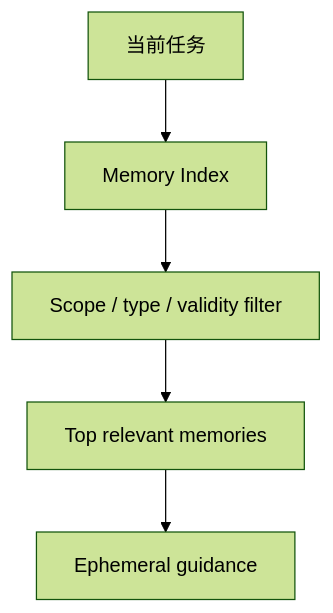
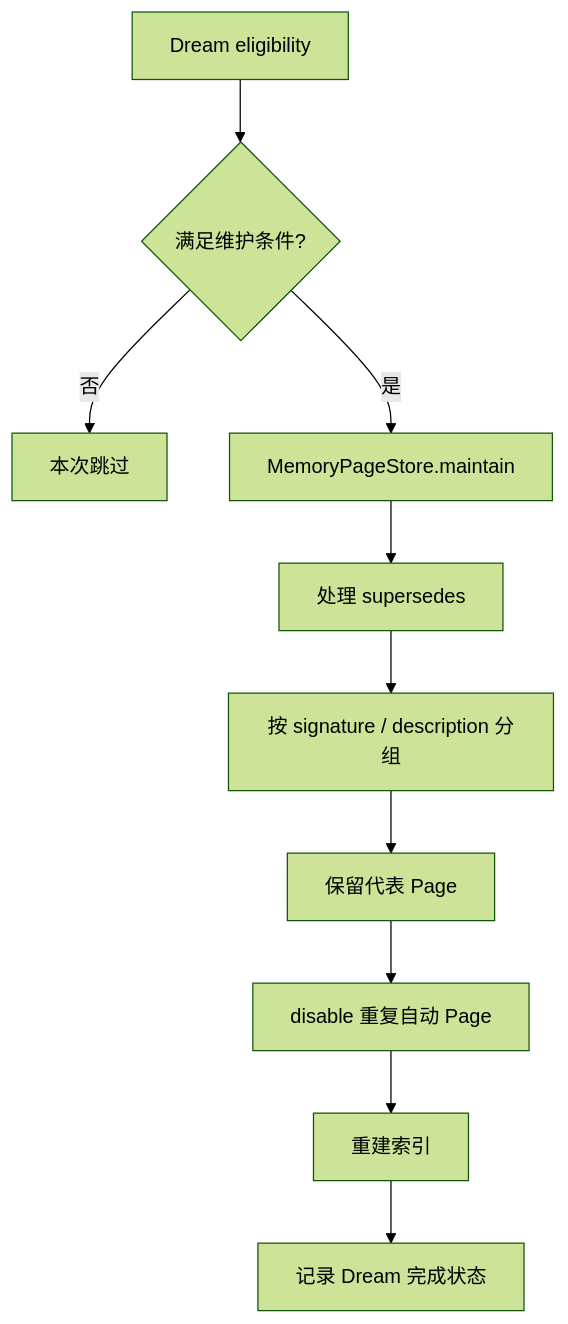
Diagram 12 of 16 in docs/11-long-term-memory.md (Arthur999459up/GitAgent), drawn with Mermaid (forest theme) before and after one commit. The commit also changed other lines of this file and 3 other files, not shown here.

````diff
--- a/docs/11-long-term-memory.md
+++ b/docs/11-long-term-memory.md
@@ -229,7 +710,12 @@
 ```mermaid
 flowchart TD
-    Q[当前任务] --> I[Memory Index]
-    I --> F[Scope / type / validity filter]
-    F --> K[Top relevant memories]
-    K --> G[Ephemeral guidance]
+    A[Dream eligibility] --> B{满足维护条件?}
+    B -->|否| C[本次跳过]
+    B -->|是| D[MemoryPageStore.maintain]
+    D --> E[处理 supersedes]
+    E --> F[按 signature / description 分组]
+    F --> G[保留代表 Page]
+    G --> H[disable 重复自动 Page]
+    H --> I[重建索引]
+    I --> J[记录 Dream 完成状态]
 ```
````
